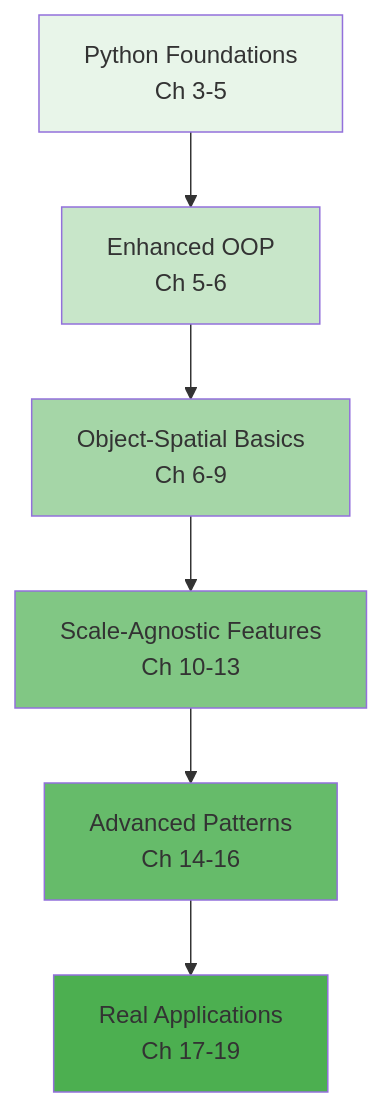
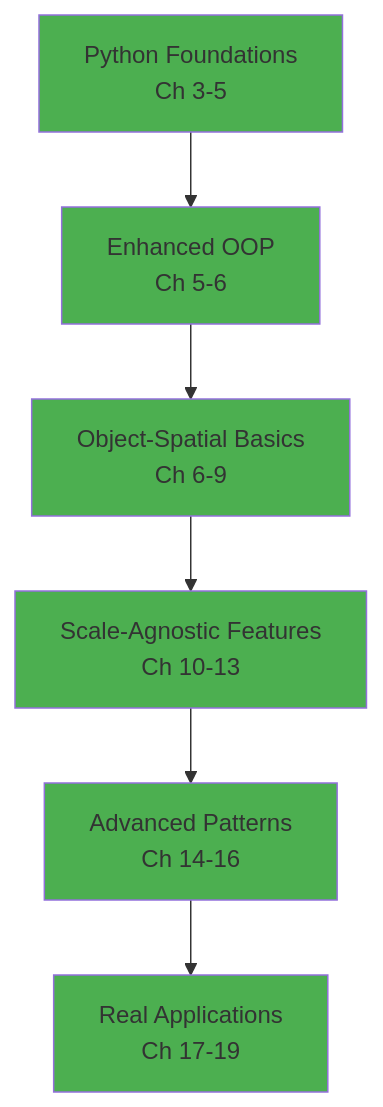
Before and after one commit to specialized806/jaseci: the fifth of 5 diagrams in docs/docs/jac_book/chapter_1.md, drawn with Mermaid. The commit also changed other lines of this file, not shown here.

Commit message:
[JacBookFix] Chapter1: minor jac code and mermaid fixes

````diff
--- a/docs/docs/jac_book/chapter_1.md
+++ b/docs/docs/jac_book/chapter_1.md
@@ -547,15 +553,15 @@
 ```mermaid
 graph TD
     A[Python Foundations<br/>Ch 3-5] --> B[Enhanced OOP<br/>Ch 5-6]
     B --> C[Object-Spatial Basics<br/>Ch 6-9]
     C --> D[Scale-Agnostic Features<br/>Ch 10-13]
     D --> E[Advanced Patterns<br/>Ch 14-16]
     E --> F[Real Applications<br/>Ch 17-19]
 
-    style A fill:#e8f5e9
-    style B fill:#c8e6c9
-    style C fill:#a5d6a7
-    style D fill:#81c784
-    style E fill:#66bb6a
+    style A fill:#4caf50
+    style B fill:#4caf50
+    style C fill:#4caf50
+    style D fill:#4caf50
+    style E fill:#4caf50
     style F fill:#4caf50
 ```
````
